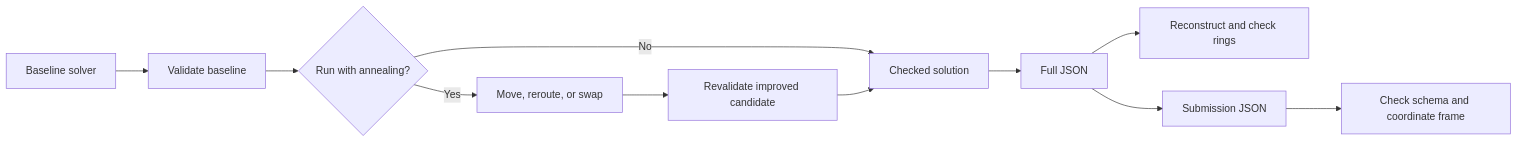
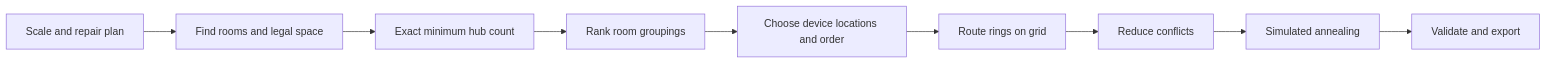
One commit to KaranLalwani-dev/HubRoute changed the diagram in README.md. Above: the diagram before and after it, drawn with Mermaid. The commit also changed other lines of this file, not shown here.

````diff
--- a/README.md
+++ b/README.md
@@ -183,13 +63,11 @@
 ```mermaid
 flowchart LR
-    A[Baseline solver] --> B[Validate baseline]
-    B --> C{Run with annealing?}
-    C -->|Yes| D[Move, reroute, or swap]
-    D --> E[Revalidate improved candidate]
-    C -->|No| F[Checked solution]
-    E --> F
-    F --> G[Full JSON]
-    G --> H[Reconstruct and check rings]
-    G --> I[Submission JSON]
-    I --> J[Check schema and coordinate frame]
+    A[Scale and repair plan] --> B[Find rooms and legal space]
+    B --> C[Exact minimum hub count]
+    C --> D[Rank room groupings]
+    D --> E[Choose device locations and order]
+    E --> F[Route rings on grid]
+    F --> G[Reduce conflicts]
+    G --> H[Simulated annealing]
+    H --> I[Validate and export]
 ```
````
